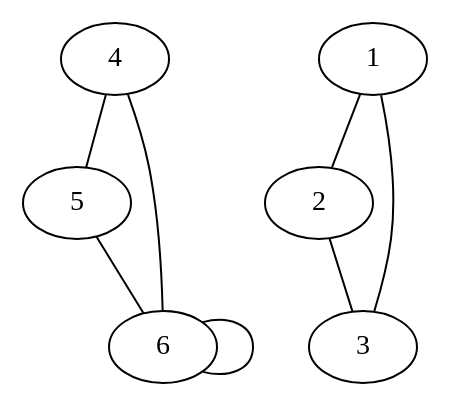
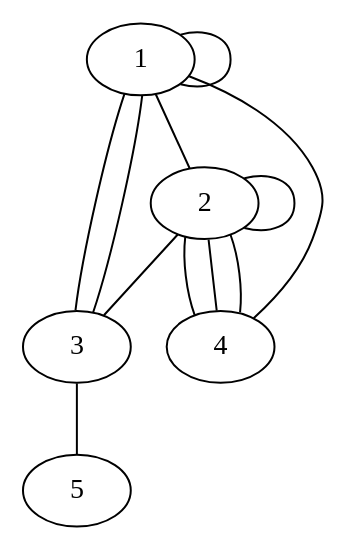
Before and after one commit to Kio131/Homework: the diagram in out.gv, drawn with Graphviz. The commit also changed 5 other files, not shown here.

```diff
--- a/out.gv
+++ b/out.gv
@@ -1,9 +1,13 @@
 graph NEW {
-	4 -- 5
-	4 -- 6
-	5 -- 6
+	1 -- 1
+	1 -- 2
+	1 -- 3
+	1 -- 3
+	1 -- 4
+	2 -- 2
 	2 -- 3
-	1 -- 3
-	1 -- 2
-	6 -- 6
+	2 -- 4
+	2 -- 4
+	2 -- 4
+	3 -- 5
 }
```
